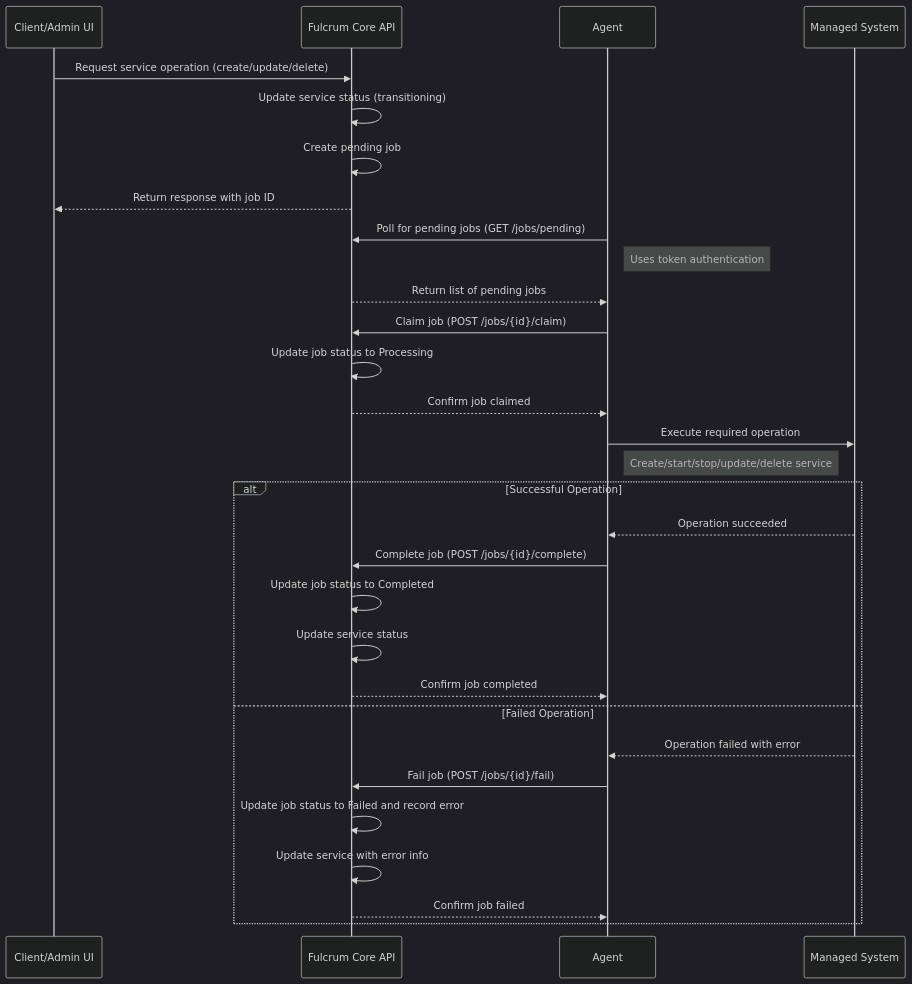
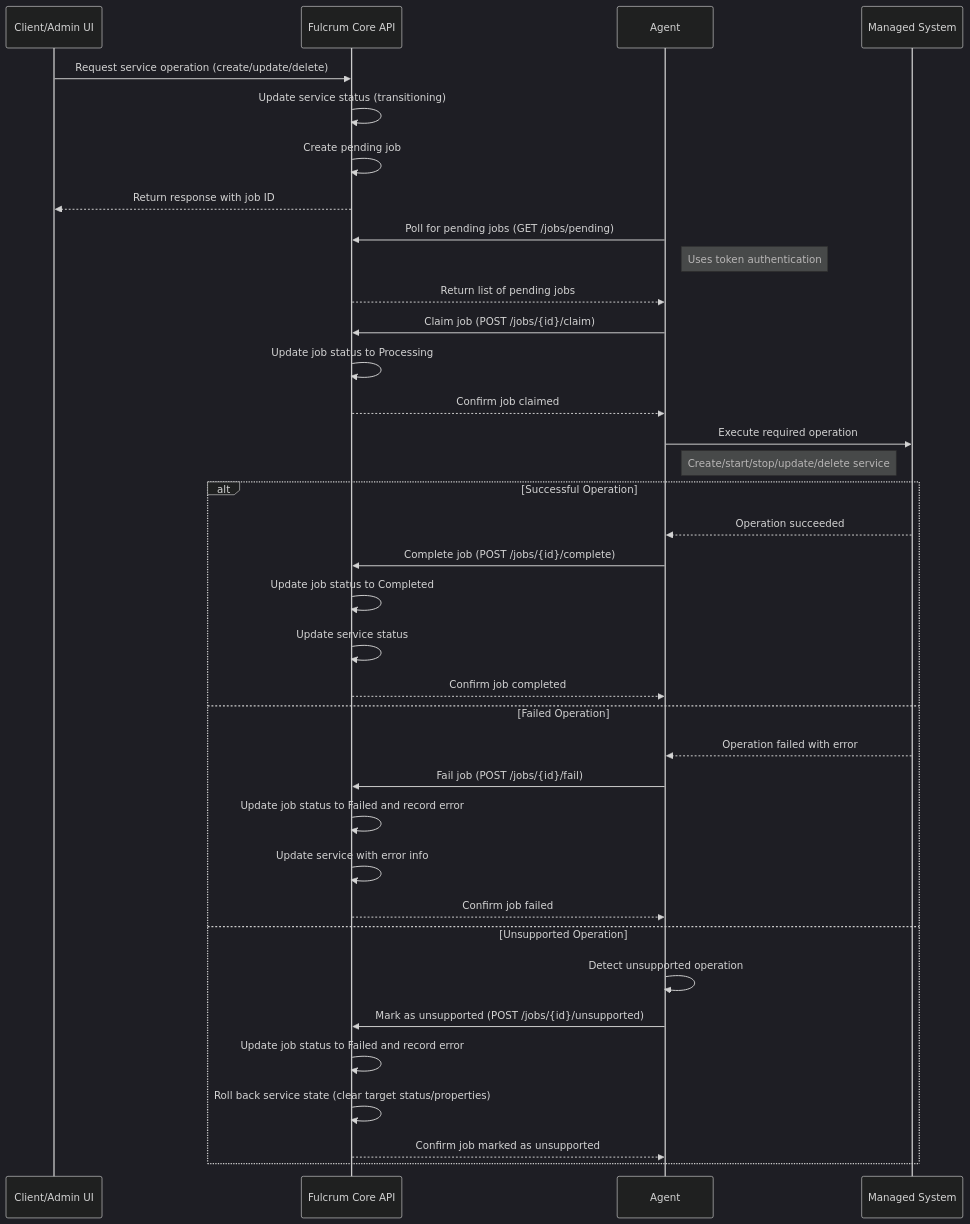
One commit to fulcrumproject/core changed the seventh of 9 diagrams in docs/DESIGN.md. Above: the diagram before and after it, drawn with Mermaid (dark theme). The commit also changed other lines of this file and 11 other files, not shown here.

````diff
--- a/docs/DESIGN.md
+++ b/docs/DESIGN.md
@@ -544,44 +551,52 @@
 ```mermaid
 sequenceDiagram
     participant Client as Client/Admin UI
     participant API as Fulcrum Core API 
     participant Agent as Agent
     participant MS as Managed System
 
     %% Job Creation
     Client->>API: Request service operation (create/update/delete)
     API->>API: Update service status (transitioning)
     API->>API: Create pending job
     API-->>Client: Return response with job ID
 
     %% Job Discovery and Claiming
     Agent->>API: Poll for pending jobs (GET /jobs/pending)
     Note right of Agent: Uses token authentication
     API-->>Agent: Return list of pending jobs
     
     Agent->>API: Claim job (POST /jobs/{id}/claim)
     API->>API: Update job status to Processing
     API-->>Agent: Confirm job claimed
 
     %% Job Execution
     Agent->>MS: Execute required operation
     Note right of Agent: Create/start/stop/update/delete service
 
     %% Successful Completion Path
     alt Successful Operation
         MS-->>Agent: Operation succeeded
         Agent->>API: Complete job (POST /jobs/{id}/complete)
         API->>API: Update job status to Completed
         API->>API: Update service status
         API-->>Agent: Confirm job completed
 
     %% Failed Operation Path
     else Failed Operation
         MS-->>Agent: Operation failed with error
         Agent->>API: Fail job (POST /jobs/{id}/fail)
         API->>API: Update job status to Failed and record error
         API->>API: Update service with error info
         API-->>Agent: Confirm job failed
+    
+    %% Unsupported Operation Path
+    else Unsupported Operation
+        Agent->>Agent: Detect unsupported operation
+        Agent->>API: Mark as unsupported (POST /jobs/{id}/unsupported)
+        API->>API: Update job status to Failed and record error
+        API->>API: Roll back service state (clear target status/properties)
+        API-->>Agent: Confirm job marked as unsupported
     end
 
 ```
````
